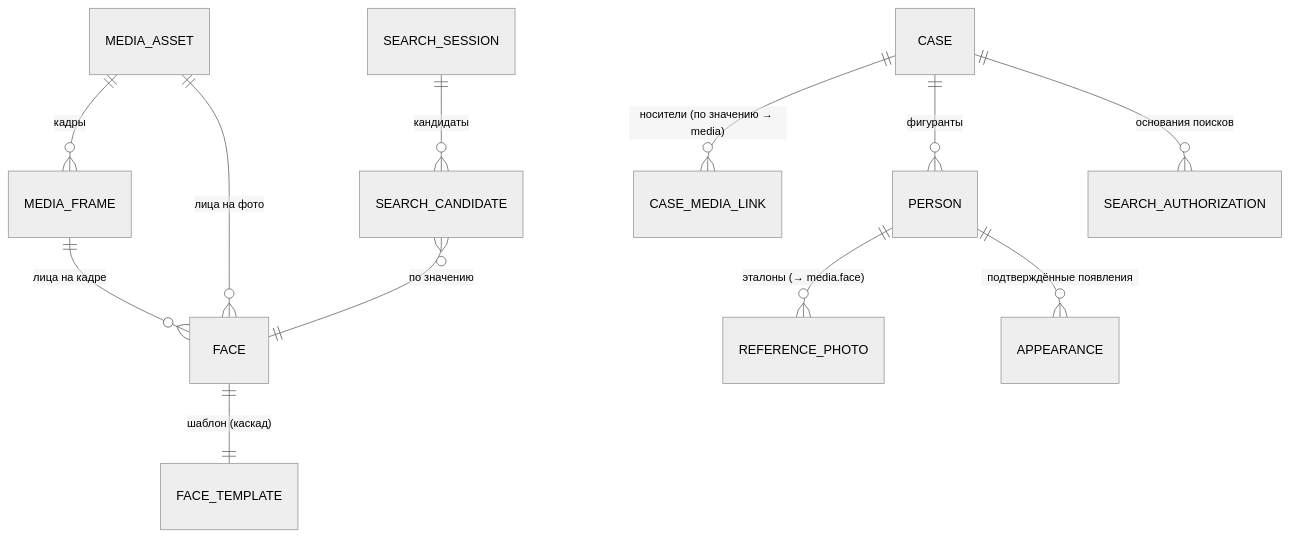
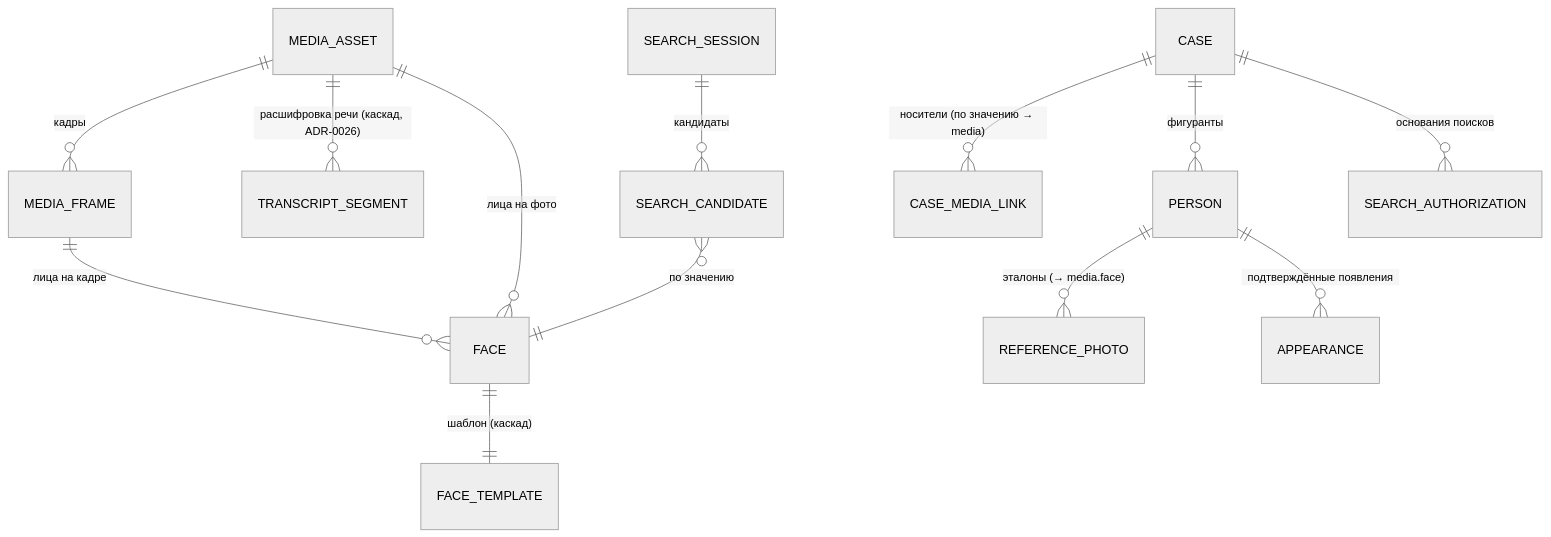
The second of 3 diagrams in docs/следствие/Архитектура_Следствие.md (damirovich/isa.ai), drawn with Mermaid (neutral theme) before and after one commit. The commit also changed other lines of this file and 170 other files, not shown here.

````diff
--- a/docs/следствие/Архитектура_Следствие.md
+++ b/docs/следствие/Архитектура_Следствие.md
@@ -145,14 +151,15 @@
 ```mermaid
 erDiagram
     MEDIA_ASSET ||--o{ MEDIA_FRAME : "кадры"
+    MEDIA_ASSET ||--o{ TRANSCRIPT_SEGMENT : "расшифровка речи (каскад, ADR-0026)"
     MEDIA_ASSET ||--o{ FACE : "лица на фото"
     MEDIA_FRAME ||--o{ FACE : "лица на кадре"
     FACE ||--|| FACE_TEMPLATE : "шаблон (каскад)"
     SEARCH_SESSION ||--o{ SEARCH_CANDIDATE : "кандидаты"
     SEARCH_CANDIDATE }o--|| FACE : "по значению"
     CASE ||--o{ CASE_MEDIA_LINK : "носители (по значению → media)"
     CASE ||--o{ PERSON : "фигуранты"
     PERSON ||--o{ REFERENCE_PHOTO : "эталоны (→ media.face)"
     PERSON ||--o{ APPEARANCE : "подтверждённые появления"
     CASE ||--o{ SEARCH_AUTHORIZATION : "основания поисков"
 ```
````
